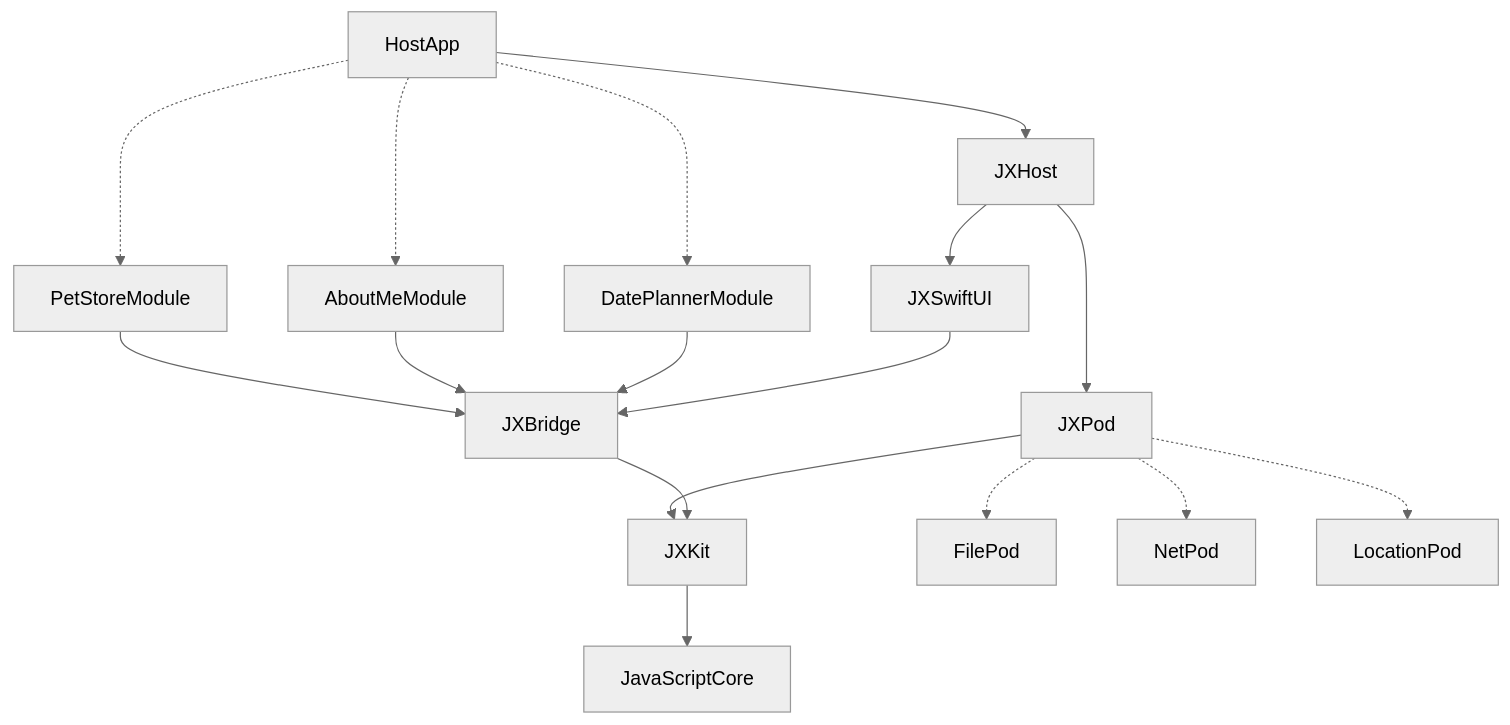
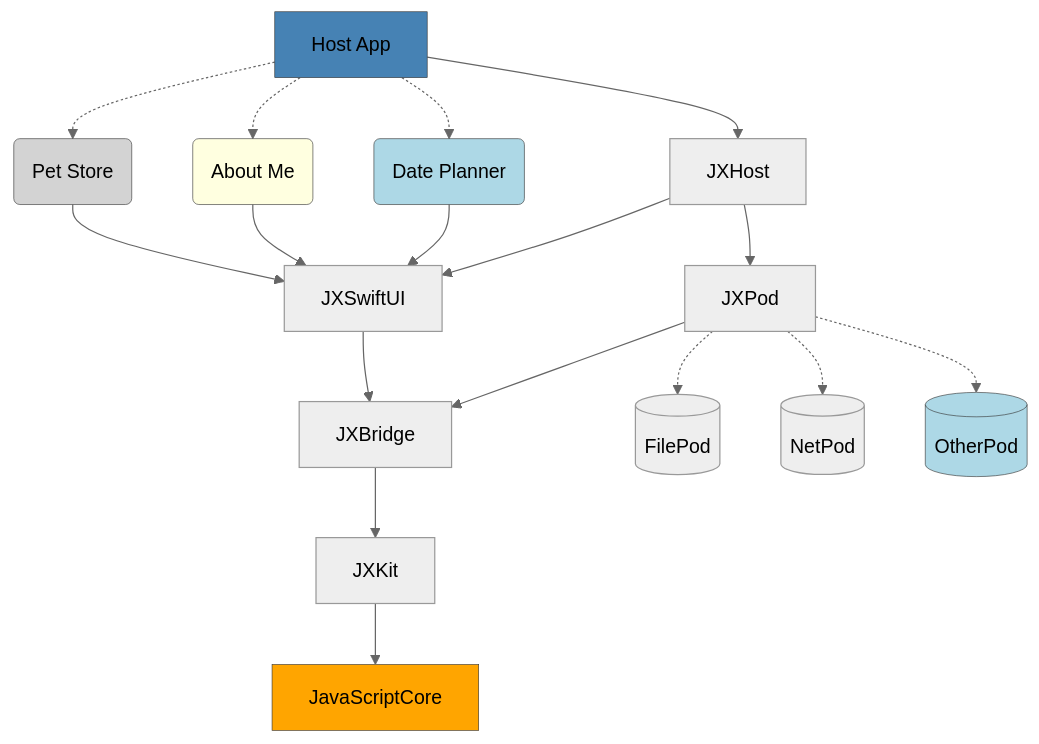
Before and after one commit to jectivex/JXHost: the diagram in README.md, drawn with Mermaid (neutral theme).

````diff
--- a/README.md
+++ b/README.md
@@ -3,20 +3,39 @@
 ```mermaid
 flowchart TB
-    HostApp -.-> PetStoreModule
+    HostApp[Host App] -.-> PetStoreModule(Pet Store)
+    HostApp -.-> AboutMeModule(About Me)
+    HostApp -.-> DatePlannerModule(Date Planner)
     HostApp --> JXHost
-    PetStoreModule --> JXBridge
+    PetStoreModule --> JXSwiftUI
+    AboutMeModule --> JXSwiftUI
+    DatePlannerModule --> JXSwiftUI
     JXHost --> JXSwiftUI
     JXHost --> JXPod
-    JXPod --> JXKit
-    JXPod -.-> FilePod
-    JXPod -.-> NetPod
-    JXPod -.-> LocationPod
-    HostApp -.-> AboutMeModule
-    HostApp -.-> DatePlannerModule
-    AboutMeModule --> JXBridge
-    DatePlannerModule --> JXBridge
+    JXPod --> JXBridge
+    JXPod -.-> FilePod[(FilePod)]
+    JXPod -.-> NetPod[(NetPod)]
+    JXPod -.-> OtherPod[(OtherPod)]
     JXSwiftUI --> JXBridge
     JXBridge --> JXKit
-    JXKit --> JavaScriptCore
+    JXKit --> JavaScriptCore[JavaScriptCore]
+
+classDef HostApp fill:steelblue,stroke:#333,stroke-width:0.5px
+class HostApp HostApp
+
+classDef gray fill:lightgray,stroke:#333,stroke-width:0.5px
+classDef yellow fill:lightyellow,stroke:#333,stroke-width:0.5px
+classDef blue fill:lightblue,stroke:#333,stroke-width:0.5px
+
+class PetStoreModule gray
+class AboutMeModule yellow
+class DatePlannerModule blue
+
+classDef OtherPod fill:lightblue,stroke:#333,stroke-width:0.5px
+class OtherPod OtherPod
+
+classDef JavaScriptCore fill:orange,stroke:#333,stroke-width:0.5px
+class JavaScriptCore JavaScriptCore
+
+class di orange
 
 ```
````
